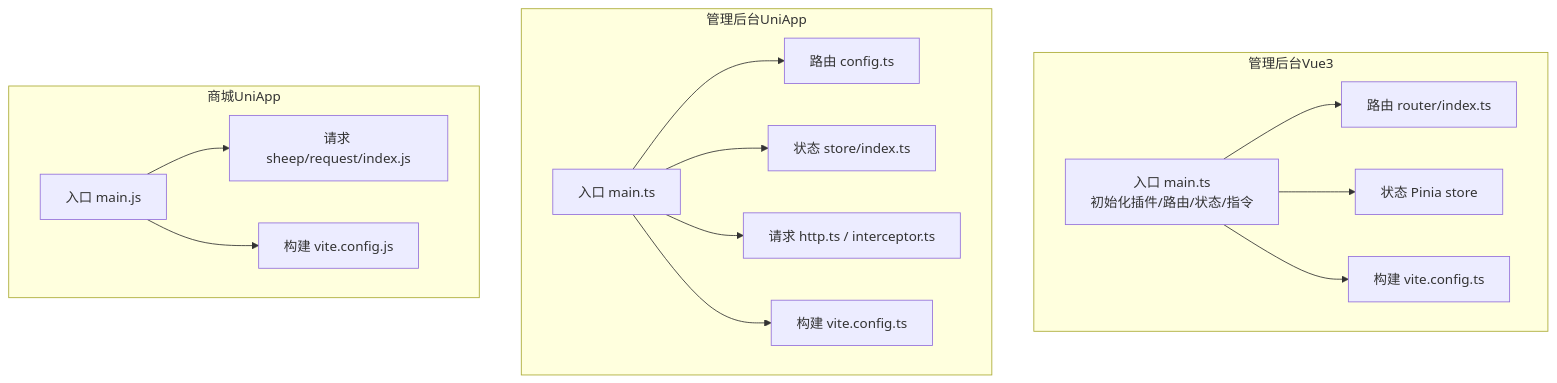
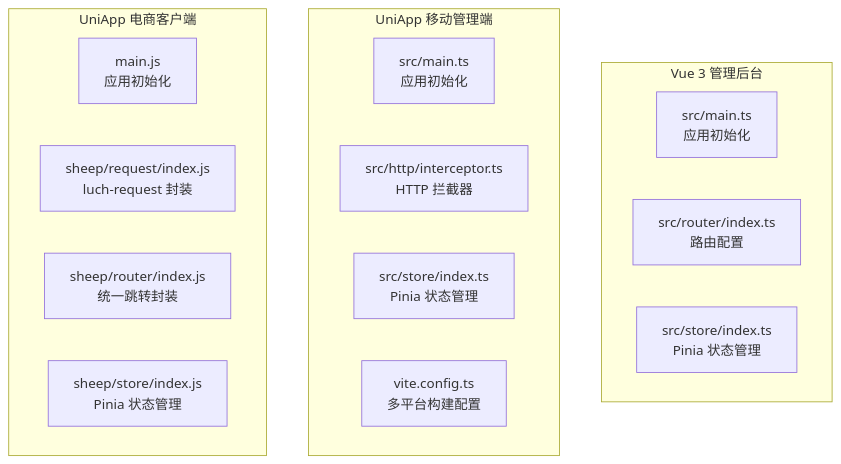
One commit to zhuangpengLI/AgenticCPS changed the first of 6 diagrams in .qoder/repowiki/zh/content/前端应用架构/前端应用架构.md. Above: the diagram before and after it, drawn with Mermaid. The commit also changed other lines of this file and 293 other files, not shown here.

````diff
--- a/.qoder/repowiki/zh/content/前端应用架构/前端应用架构.md
+++ b/.qoder/repowiki/zh/content/前端应用架构/前端应用架构.md
@@ -51,30 +43,20 @@
 ```mermaid
 graph TB
-subgraph "管理后台Vue3"
-VMain["入口 main.ts<br/>初始化插件/路由/状态/指令"]
-VR["路由 router/index.ts"]
-VS["状态 Pinia store"]
-VVite["构建 vite.config.ts"]
+subgraph "Vue 3 管理后台"
+A_main["src/main.ts<br/>应用初始化"]
+A_router["src/router/index.ts<br/>路由配置"]
+A_store["src/store/index.ts<br/>Pinia 状态管理"]
 end
-subgraph "管理后台UniApp"
-UMain["入口 main.ts"]
-UR["路由 config.ts"]
-US["状态 store/index.ts"]
-UHttp["请求 http.ts / interceptor.ts"]
-UVite["构建 vite.config.ts"]
+subgraph "UniApp 移动管理端"
+U_main["src/main.ts<br/>应用初始化"]
+U_http["src/http/interceptor.ts<br/>HTTP 拦截器"]
+U_store["src/store/index.ts<br/>Pinia 状态管理"]
+U_vite["vite.config.ts<br/>多平台构建配置"]
 end
-subgraph "商城UniApp"
-MMain["入口 main.js"]
-MR["请求 sheep/request/index.js"]
-MVite["构建 vite.config.js"]
+subgraph "UniApp 电商客户端"
+M_main["main.js<br/>应用初始化"]
+M_req["sheep/request/index.js<br/>luch-request 封装"]
+M_router["sheep/router/index.js<br/>统一跳转封装"]
+M_store["sheep/store/index.js<br/>Pinia 状态管理"]
 end
-VMain --> VR
-VMain --> VS
-VMain --> VVite
-UMain --> UR
-UMain --> US
-UMain --> UHttp
-UMain --> UVite
-MMain --> MR
-MMain --> MVite
 ```
````
